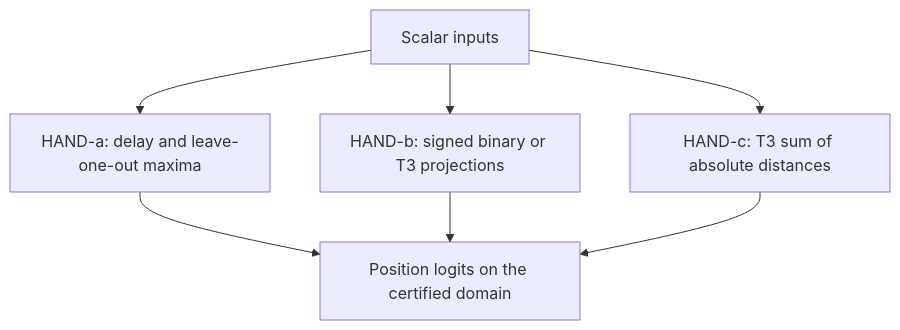
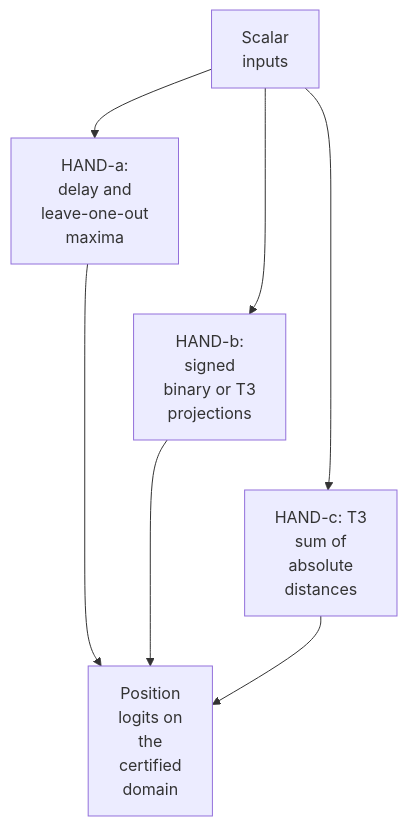
The first of 2 diagrams in entries/algzoo-2nd-argmax.md (jc1122/mechanistic-interpretability-circuit-atlas), drawn with Mermaid before and after one commit. The commit also changed other lines of this file and 39 other files, not shown here.

````diff
--- a/entries/algzoo-2nd-argmax.md
+++ b/entries/algzoo-2nd-argmax.md
@@ -65,11 +65,14 @@
 ```mermaid
 flowchart TD
     accTitle: Hand-built second-argmax references
     accDescr: Scalar inputs enter delay-and-maximum, signed-projection or absolute-distance references, which produce position logits on their stated domains. No component was partly trained. The positive-input restriction on HAND-a remains part of the claim.
-    X["Scalar inputs"] --> A["HAND-a: delay and leave-one-out maxima"]
-    X --> B["HAND-b: signed binary or T3 projections"]
-    X --> C["HAND-c: T3 sum of absolute distances"]
-    A --> Y["Position logits on the certified domain"]
+    X["Scalar<br/>inputs"] --> A["HAND-a:<br/>delay and<br/>leave-one-out<br/>maxima"]
+    X --> B["HAND-b:<br/>signed<br/>binary or T3<br/>projections"]
+    X --> C["HAND-c: T3<br/>sum of<br/>absolute<br/>distances"]
+    A --> Y["Position<br/>logits on<br/>the<br/>certified<br/>domain"]
     B --> Y
     C --> Y
+    %% Invisible links constrain vertical layout only, not computation.
+    A ~~~ B
+    B ~~~ C
 ```
````
